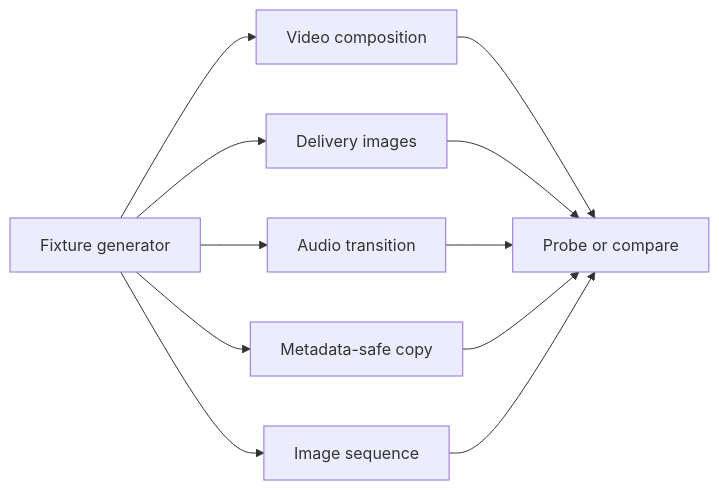
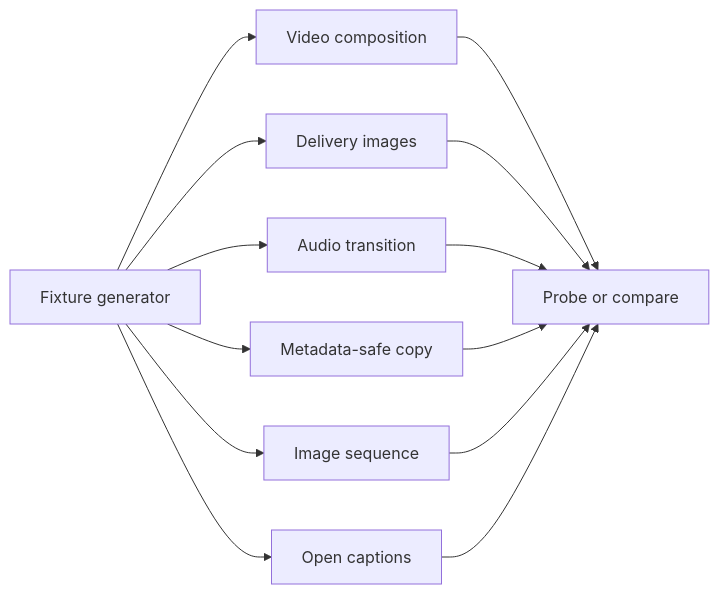
One commit to Imanm02/flowmpeg changed the diagram in docs/demo-lab.md. Above: the diagram before and after it, drawn with Mermaid. The commit also changed other lines of this file and 14 other files, not shown here.

````diff
--- a/docs/demo-lab.md
+++ b/docs/demo-lab.md
@@ -20,13 +20,15 @@
 ```mermaid
 flowchart LR
     G["Fixture generator"] --> V["Video composition"]
     G --> D["Delivery images"]
     G --> A["Audio transition"]
     G --> M["Metadata-safe copy"]
     G --> S["Image sequence"]
+    G --> C["Open captions"]
     V --> P["Probe or compare"]
     D --> P
     A --> P
     M --> P
     S --> P
+    C --> P
 ```
````
